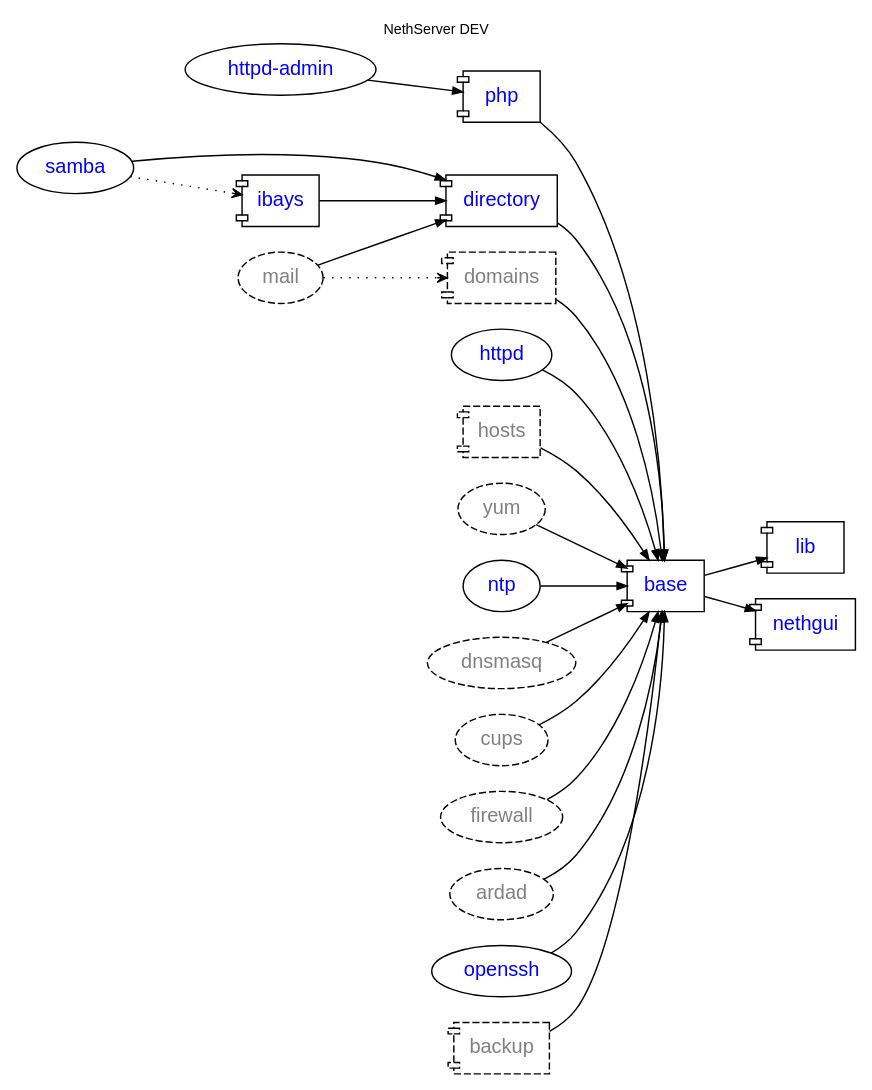
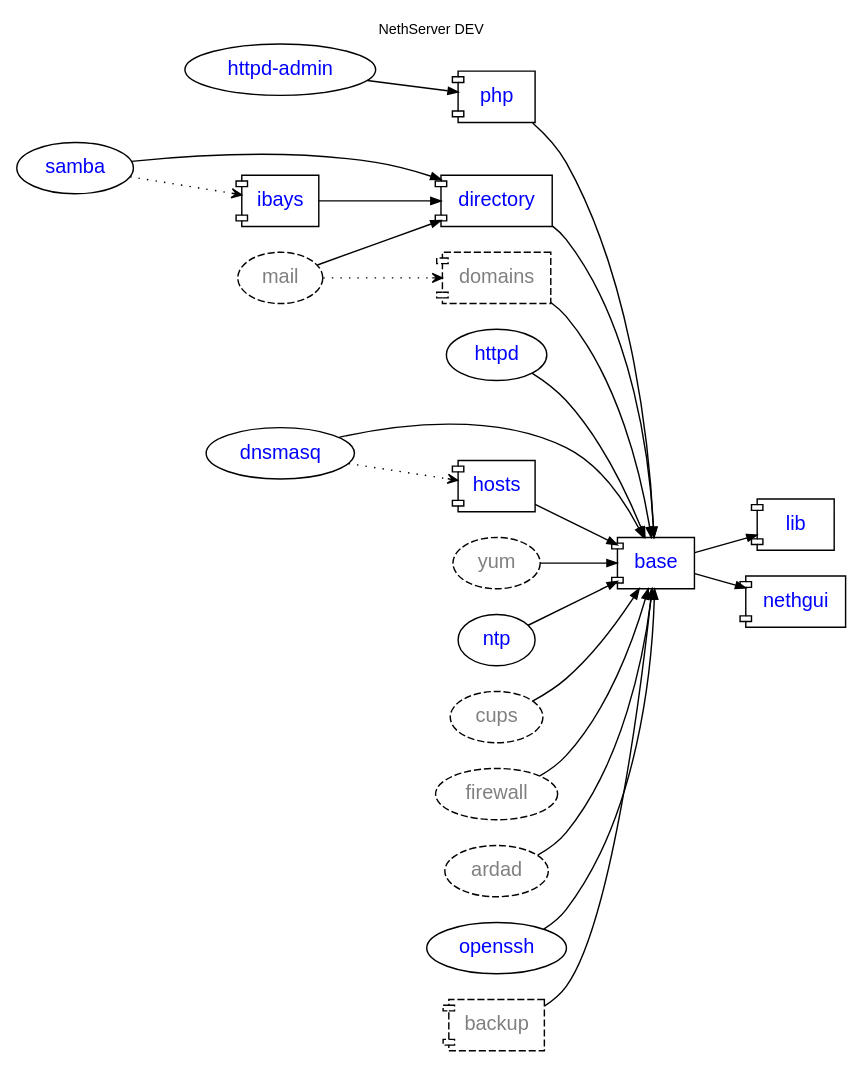
One commit to nethesis/dev-nethesis-it changed the diagram in nethserver/package-dependencies.dot. Above: the diagram before and after it, drawn with Graphviz.

Commit message:
Fixed DEV4 dnsmasq and hosts nodes.

```diff
--- a/nethserver/package-dependencies.dot
+++ b/nethserver/package-dependencies.dot
@@ -1,57 +1,56 @@
 digraph DEV {
     rankdir = "LR"; compound = true; concentrate = true; fontname = "Helvetica"; fontnames="svg"; fontsize=10.0; label="NethServer DEV"; labelloc = "t"
 
     node [shape="oval",fontname="Helvetica"];
     edge [arrowsize=0.7];
 
     httpd_admin [fontcolor=blue,label="httpd-admin",URL="http://dev.nethesis.it/projects/nethserver-httpd-admin"];
     base [fontcolor=blue,URL="http://dev.nethesis.it/projects/nethserver-base",shape="component"];
     directory [fontcolor=blue,URL="http://dev.nethesis.it/projects/nethserver-directory",shape="component"];    
     samba [fontcolor=blue,URL="http://dev.nethesis.it/projects/nethserver-samba"];    
     ibays [fontcolor=blue,URL="http://dev.nethesis.it/projects/nethserver-ibays",shape="component"];    
     lib [fontcolor=blue,URL="http://dev.nethesis.it/projects/nethserver-lib",shape="component"];    
     httpd [fontcolor=blue,URL="http://dev.nethesis.it/projects/nethserver-httpd"];    
-    hosts [style="dashed",fontcolor=gray,URL="http://dev.nethesis.it/projects/nethserver-hosts",shape="component"];
+    hosts [fontcolor=blue,URL="http://dev.nethesis.it/projects/nethserver-hosts",shape="component"];
     php [fontcolor=blue,URL="http://dev.nethesis.it/projects/nethserver-php",shape="component"];
     domains [style="dashed",fontcolor=gray,URL="http://dev.nethesis.it/projects/nethserver-domains",shape="component"];
     yum [fontcolor=gray,URL="http://dev.nethesis.it/projects/nethserver-yum",style="dashed"];
     ntp [fontcolor=blue,URL="http://dev.nethesis.it/projects/nethserver-ntp"];
-    dnsmasq [fontcolor=gray,URL="http://dev.nethesis.it/projects/nethserver-dnsmasq",style="dashed"];
+    dnsmasq [fontcolor=blue,URL="http://dev.nethesis.it/projects/nethserver-dnsmasq"];
     mail [fontcolor=gray,URL="http://dev.nethesis.it/projects/nethserver-mail",style="dashed"];
     cups [fontcolor=gray,URL="http://dev.nethesis.it/projects/nethserver-cups",style="dashed"];
     firewall [fontcolor=gray,URL="http://dev.nethesis.it/projects/nethserver-firewall",style="dashed"];
     ardad [fontcolor=gray,style="dashed"];
     nethgui [fontcolor=blue,URL="http://dev.nethesis.it/projects/nethgui",shape="component"];    
     openssh [fontcolor=blue,URL="http://dev.nethesis.it/projects/nethserver-openssh"];
     backup [style="dashed",fontcolor=gray,shape="component"];
-   
-            
+               
     base -> lib
     base -> nethgui
     openssh -> base
     directory -> base
     samba -> directory
     ibays -> directory
 //    ibays -> domains [style=dotted,arrowhead=vee]
     httpd -> base
 //    dnsmasq -> domains [style=dotted,arrowhead=vee];
-//    dnsmasq -> hosts [style=dotted,arrowhead=vee];
+    dnsmasq -> hosts [style=dotted,arrowhead=vee];
     dnsmasq -> base
     hosts -> base
     httpd_admin -> php
     backup -> base
     samba -> ibays [style=dotted,arrowhead=vee];
 //    httpd -> ibays [style=dotted,arrowhead=vee]; 
 //    httpd -> hosts [style=dotted,arrowhead=vee];
 //    httpd -> domains [style=dotted,arrowhead=vee];
     domains -> base
     yum -> base
     ntp -> base
     php -> base
     cups -> base
     mail -> directory
     mail -> domains [style=dotted,arrowhead=vee]
     firewall -> base
     ardad -> base
         
 }
```
